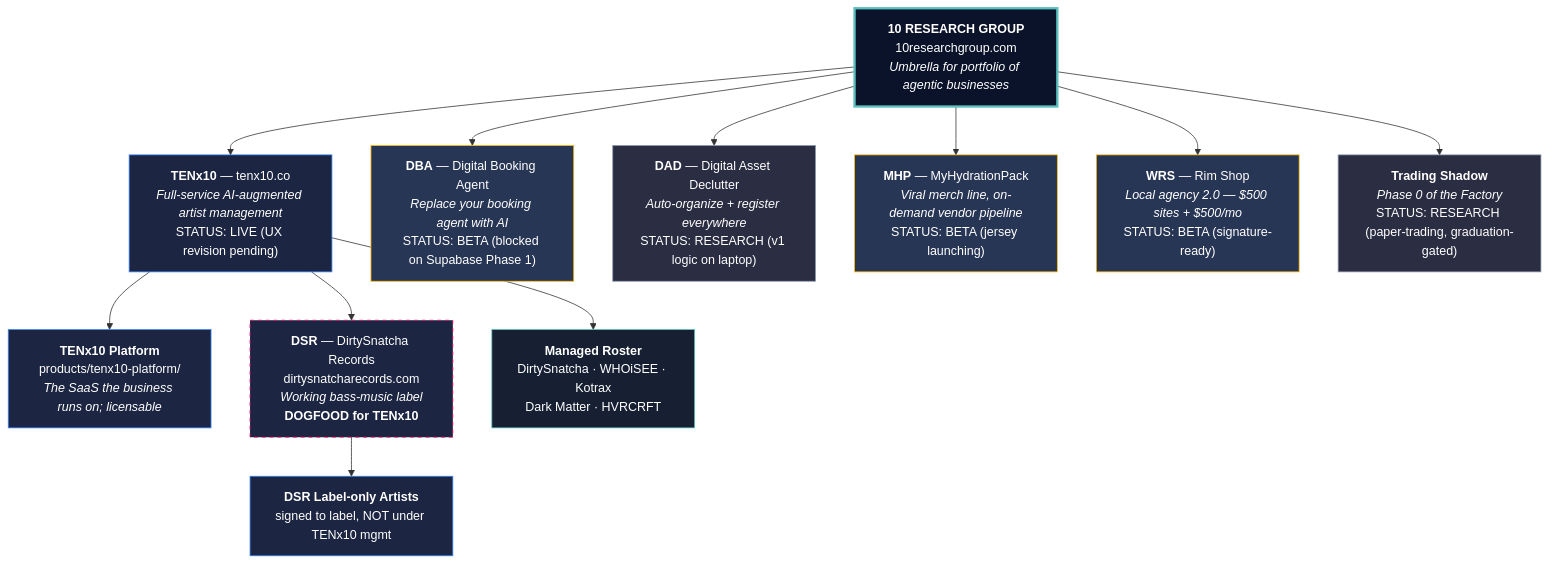
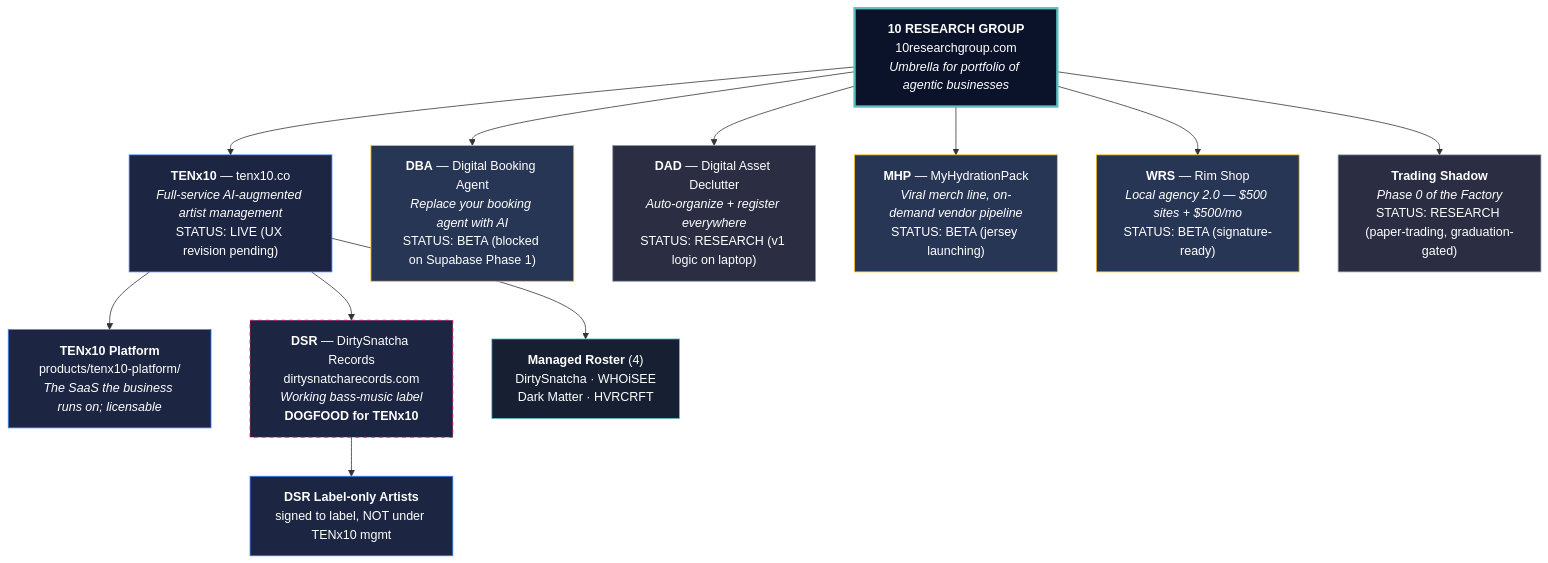
The diagram in BUSINESS_HIERARCHY.md (Gibsomtom06/10-research-group), drawn with Mermaid before and after one commit. The commit also changed other lines of this file, not shown here.

First line of the commit message:
docs(hierarchy): managed roster is 4, not 5 — Kotrax is label-only

````diff
--- a/BUSINESS_HIERARCHY.md
+++ b/BUSINESS_HIERARCHY.md
@@ -13,36 +13,36 @@
 ```mermaid
 flowchart TD
     classDef umbrella fill:#0b132b,stroke:#5bc0be,color:#fff,stroke-width:3px
     classDef live fill:#1c2541,stroke:#3a86ff,color:#fff
     classDef beta fill:#283655,stroke:#ffbe0b,color:#fff
     classDef research fill:#2b2d42,stroke:#8d99ae,color:#fff
     classDef dogfood fill:#1c2541,stroke:#ff006e,color:#fff,stroke-dasharray:5 5
     classDef roster fill:#172033,stroke:#5bc0be,color:#fff
 
     UMB["<b>10 RESEARCH GROUP</b><br/>10researchgroup.com<br/><i>Umbrella for portfolio of agentic businesses</i>"]:::umbrella
 
     UMB --> TENX
     UMB --> DBA
     UMB --> DAD
     UMB --> MHP
     UMB --> WRS
     UMB --> TRD
 
     TENX["<b>TENx10</b> — tenx10.co<br/><i>Full-service AI-augmented artist management</i><br/>STATUS: LIVE (UX revision pending)"]:::live
     DBA["<b>DBA</b> — Digital Booking Agent<br/><i>Replace your booking agent with AI</i><br/>STATUS: BETA (blocked on Supabase Phase 1)"]:::beta
     DAD["<b>DAD</b> — Digital Asset Declutter<br/><i>Auto-organize + register everywhere</i><br/>STATUS: RESEARCH (v1 logic on laptop)"]:::research
     MHP["<b>MHP</b> — MyHydrationPack<br/><i>Viral merch line, on-demand vendor pipeline</i><br/>STATUS: BETA (jersey launching)"]:::beta
     WRS["<b>WRS</b> — Rim Shop<br/><i>Local agency 2.0 — $500 sites + $500/mo</i><br/>STATUS: BETA (signature-ready)"]:::beta
     TRD["<b>Trading Shadow</b><br/><i>Phase 0 of the Factory</i><br/>STATUS: RESEARCH (paper-trading, graduation-gated)"]:::research
 
     TENX --> PLATFORM
     TENX --> DSR
     TENX --> ROSTER
 
     PLATFORM["<b>TENx10 Platform</b><br/>products/tenx10-platform/<br/><i>The SaaS the business runs on; licensable</i>"]:::live
     DSR["<b>DSR</b> — DirtySnatcha Records<br/>dirtysnatcharecords.com<br/><i>Working bass-music label</i><br/><b>DOGFOOD for TENx10</b>"]:::dogfood
-    ROSTER["<b>Managed Roster</b><br/>DirtySnatcha · WHOiSEE · Kotrax<br/>Dark Matter · HVRCRFT"]:::roster
+    ROSTER["<b>Managed Roster</b> (4)<br/>DirtySnatcha · WHOiSEE<br/>Dark Matter · HVRCRFT"]:::roster
 
     DSR --> DSRROSTER
     DSRROSTER["<b>DSR Label-only Artists</b><br/>signed to label, NOT under TENx10 mgmt"]:::live
 ```
````
